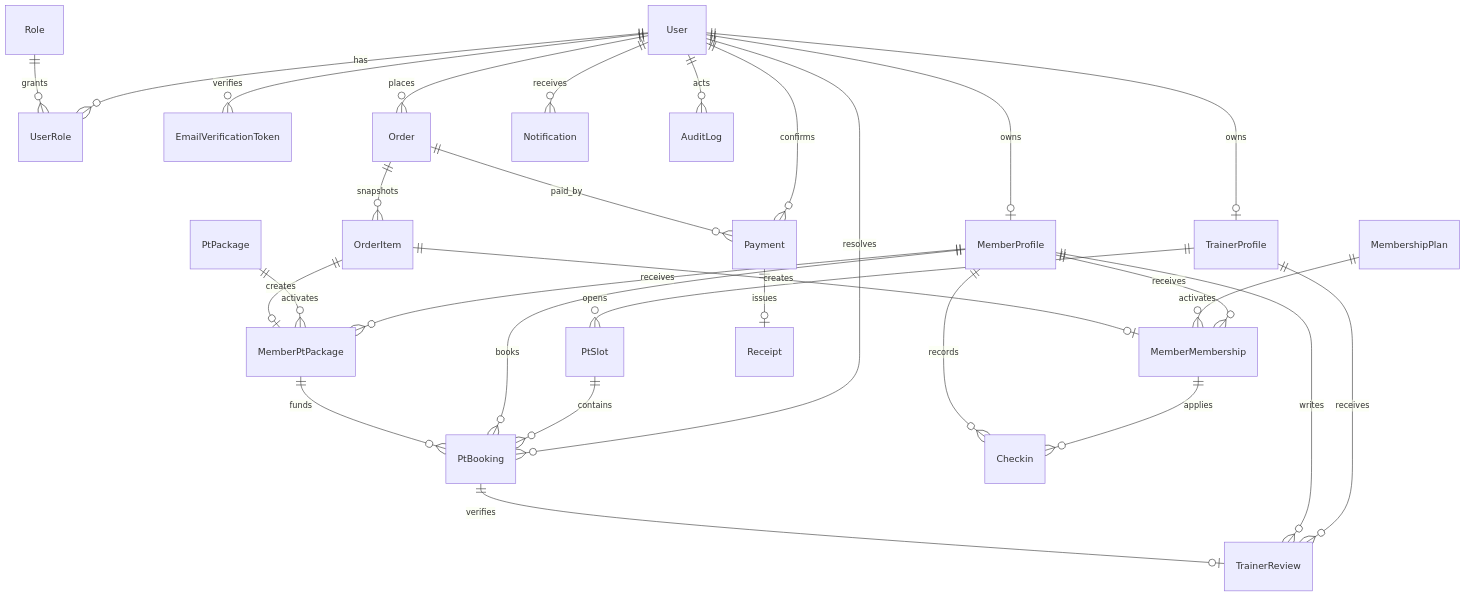
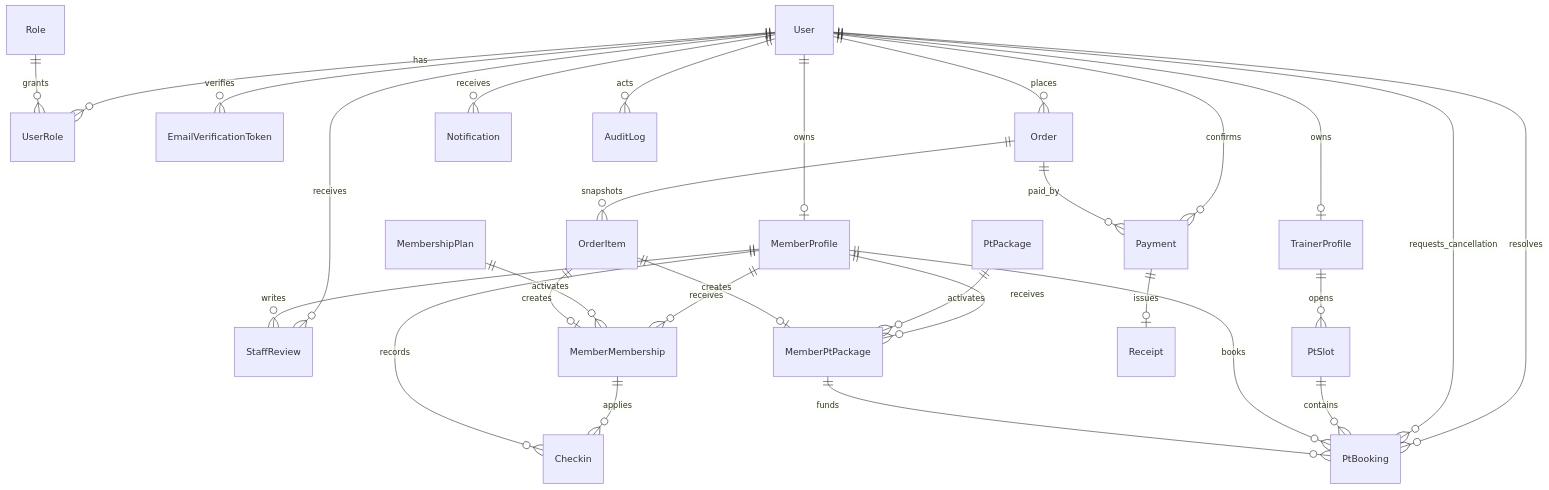
The diagram in docs/05-Database-Design.md (vhoanglong54/CNPM_GYM), drawn with Mermaid before and after one commit. The commit also changed other lines of this file and 11 other files, not shown here.

````diff
--- a/docs/05-Database-Design.md
+++ b/docs/05-Database-Design.md
@@ -35,35 +35,35 @@
 ```mermaid
 erDiagram
   User ||--o{ UserRole : has
   Role ||--o{ UserRole : grants
   User ||--o{ EmailVerificationToken : verifies
   User ||--o| MemberProfile : owns
   User ||--o| TrainerProfile : owns
   User ||--o{ Order : places
   User ||--o{ Payment : confirms
   User ||--o{ PtBooking : resolves
+  User ||--o{ PtBooking : requests_cancellation
+  User ||--o{ StaffReview : receives
   User ||--o{ Notification : receives
   User ||--o{ AuditLog : acts
 
   MemberProfile ||--o{ MemberMembership : receives
   MembershipPlan ||--o{ MemberMembership : activates
   OrderItem ||--o| MemberMembership : creates
   MemberMembership ||--o{ Checkin : applies
   MemberProfile ||--o{ Checkin : records
+  MemberProfile ||--o{ StaffReview : writes
 
   MemberProfile ||--o{ MemberPtPackage : receives
   PtPackage ||--o{ MemberPtPackage : activates
   OrderItem ||--o| MemberPtPackage : creates
 
   TrainerProfile ||--o{ PtSlot : opens
   PtSlot ||--o{ PtBooking : contains
   MemberProfile ||--o{ PtBooking : books
   MemberPtPackage ||--o{ PtBooking : funds
-  TrainerProfile ||--o{ TrainerReview : receives
-  MemberProfile ||--o{ TrainerReview : writes
-  PtBooking ||--o| TrainerReview : verifies
 
   Order ||--o{ OrderItem : snapshots
   Order ||--o{ Payment : paid_by
   Payment ||--o| Receipt : issues
 ```
````
